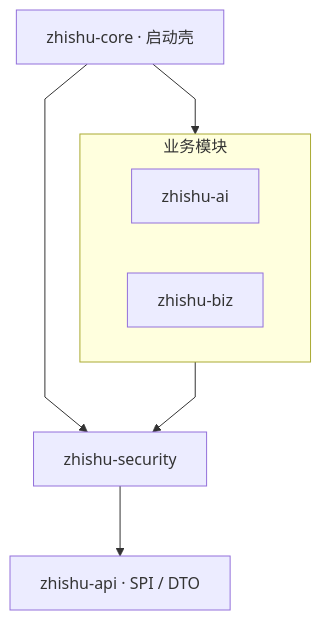
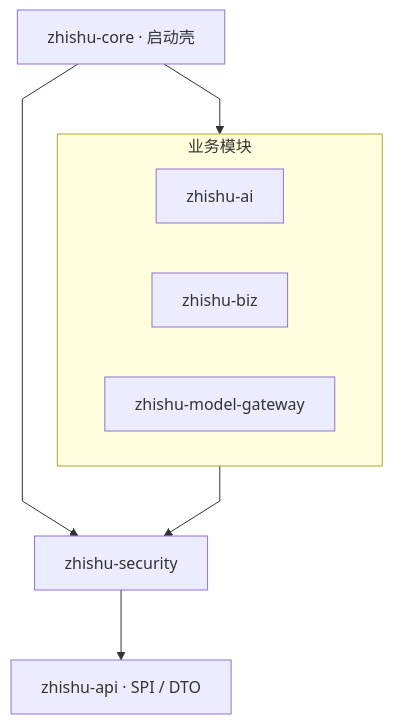
The second of 12 diagrams in zhishu-backend/README.md (DataFutureX/zhishu-integrable-framework), drawn with Mermaid before and after one commit. The commit also changed other lines of this file and 110 other files, not shown here.

````diff
--- a/zhishu-backend/README.md
+++ b/zhishu-backend/README.md
@@ -165,19 +170,20 @@
 ```mermaid
 %%{init: {"flowchart": {"nodeSpacing": 50, "rankSpacing": 70, "curve": "linear"}}}%%
 flowchart TB
   Core["zhishu-core · 启动壳"]
 
   subgraph Apps["业务模块"]
     direction LR
     AIMod["zhishu-ai"]
     Biz["zhishu-biz"]
+    GW["zhishu-model-gateway"]
   end
 
   Sec["zhishu-security"]
   Api["zhishu-api · SPI / DTO"]
 
   Core --> Apps
   Core --> Sec
   Apps --> Sec
   Sec --> Api
 ```
````
